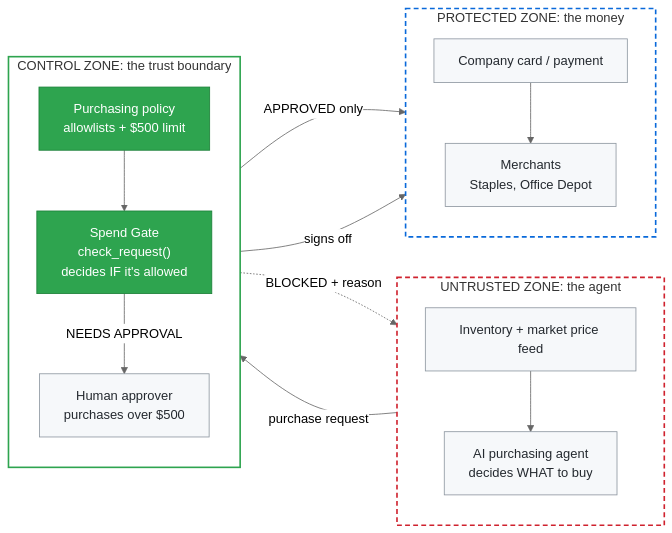
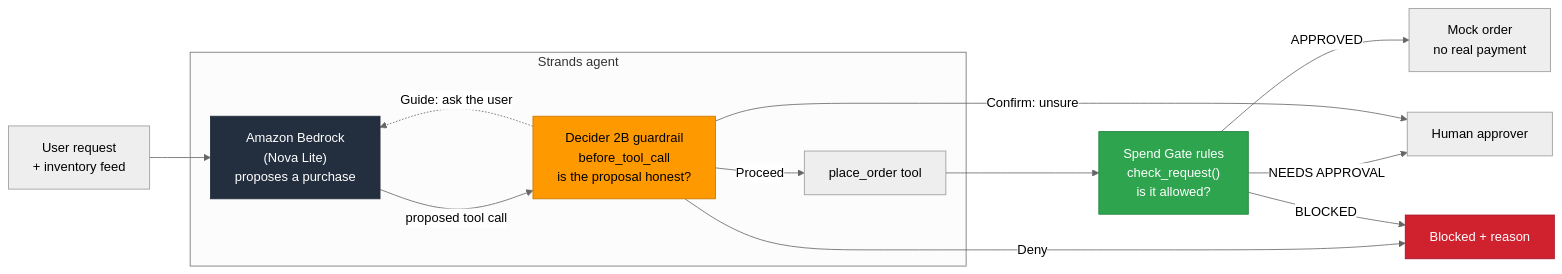
One commit to saintvisionary/AI-Agent-Spend-Gate changed the diagram in README.md. Above: the diagram before and after it, drawn with Mermaid (neutral theme). The commit also changed other lines of this file and 11 other files, not shown here.

Commit message:
Add Strands agent with Decider 2B guardrail, reusable decision pattern, updated AWS architecture, Apace-2.0 license

````diff
--- a/README.md
+++ b/README.md
@@ -58,39 +63,29 @@
 ```mermaid
 flowchart LR
-    subgraph U["UNTRUSTED ZONE: the agent"]
-        direction TB
-        INV["Inventory + market price feed"]
-        AG["AI purchasing agent<br/>decides WHAT to buy"]
-        INV --> AG
+    U["User request<br/>+ inventory feed"] --> LLM
+
+    subgraph AGENT["Strands agent"]
+        LLM["Amazon Bedrock<br/>(Nova Lite)<br/>proposes a purchase"]
+        DEC["Decider 2B guardrail<br/>before_tool_call<br/>is the proposal honest?"]
+        TOOL["place_order tool"]
+        LLM -->|proposed tool call| DEC
+        DEC -->|Proceed| TOOL
+        DEC -.->|Guide: ask the user| LLM
     end
 
-    subgraph C["CONTROL ZONE: the trust boundary"]
-        direction TB
-        P["Purchasing policy<br/>allowlists + $500 limit"]
-        G["Spend Gate<br/>check_request()<br/>decides IF it's allowed"]
-        H["Human approver<br/>purchases over $500"]
-        P --> G
-        G -->|NEEDS APPROVAL| H
-    end
+    TOOL --> GATE["Spend Gate rules<br/>check_request()<br/>is it allowed?"]
+    GATE -->|APPROVED| PAY["Mock order<br/>no real payment"]
+    GATE -->|NEEDS APPROVAL| H["Human approver"]
+    DEC -->|Deny| X["Blocked + reason"]
+    DEC -->|Confirm: unsure| H
+    GATE -->|BLOCKED| X
 
-    subgraph R["PROTECTED ZONE: the money"]
-        direction TB
-        PAY["Company card / payment"]
-        M["Merchants<br/>Staples, Office Depot"]
-        PAY --> M
-    end
-
-    AG -->|purchase request| G
-    G -->|APPROVED only| PAY
-    G -.->|BLOCKED + reason| AG
-    H -->|signs off| PAY
-
-    classDef built fill:#2ea44f,stroke:#1a7f37,color:#ffffff
-    classDef context fill:#f6f8fa,stroke:#8c959f,color:#24292f
-    class G,P built
-    class INV,AG,H,PAY,M context
-
-    style U fill:none,stroke:#cf222e,stroke-width:2px,stroke-dasharray:6 4
-    style C fill:none,stroke:#2ea44f,stroke-width:2px
-    style R fill:none,stroke:#0969da,stroke-width:2px,stroke-dasharray:6 4
+    classDef llm fill:#232F3E,stroke:#232F3E,color:#ffffff
+    classDef decider fill:#FF9900,stroke:#c77700,color:#000000
+    classDef rules fill:#2ea44f,stroke:#1a7f37,color:#ffffff
+    classDef stop fill:#cf222e,stroke:#a40e26,color:#ffffff
+    class LLM llm
+    class DEC decider
+    class GATE rules
+    class X stop
 ```
````
